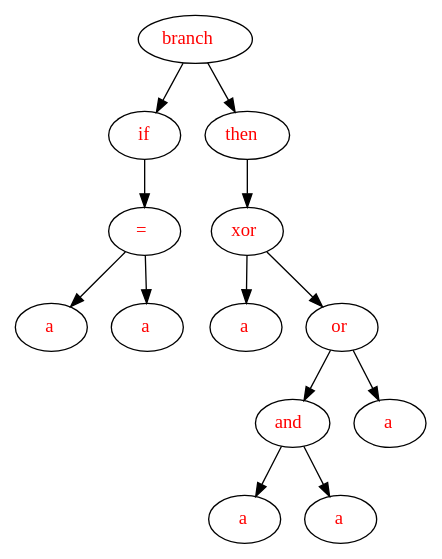
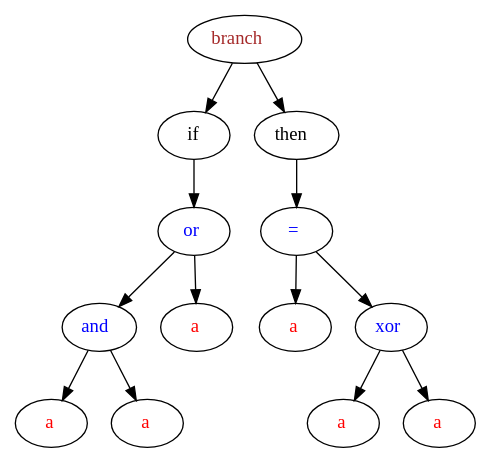
Before and after one commit to SmartPhoneJava/compiler-design: the diagram in 2/assets/Test_Opa1.dot, drawn with Graphviz. The commit also changed 11 other files, not shown here.

```diff
--- a/2/assets/Test_Opa1.dot
+++ b/2/assets/Test_Opa1.dot
@@ -1,28 +1,28 @@
 digraph G {
 	"1."->"2.";
 	"1."->"3.";
-	"4."->"6.";
+	"3."->"5.";
+	"5."->"7.";
+	"5."->"6.";
+	"6."->"9.";
+	"6."->"8.";
 	"2."->"4.";
-	"3."->"5.";
-	"4."->"7.";
-	"5."->"8.";
-	"5."->"9.";
-	"9."->"10.";
-	"9."->"11.";
-	"10."->"12.";
-	"10."->"13.";
-	"1." [ label=<<font color="red">branch</font>> ];
-	"10." [ label=<<font color="red">and</font>> ];
-	"11." [ label=<<font color="red">a</font>> ];
+	"4."->"11.";
+	"11."->"13.";
+	"11."->"12.";
+	"4."->"10.";
+	"1." [ label=<<font color="brown">branch</font>> ];
+	"10." [ label=<<font color="red">a</font>> ];
+	"11." [ label=<<font color="blue">and</font>> ];
 	"12." [ label=<<font color="red">a</font>> ];
 	"13." [ label=<<font color="red">a</font>> ];
-	"2." [ label=<<font color="red">if</font>> ];
-	"3." [ label=<<font color="red">then</font>> ];
-	"4." [ label=<<font color="red">=</font>> ];
-	"5." [ label=<<font color="red">xor</font>> ];
-	"6." [ label=<<font color="red">a</font>> ];
+	"2." [ label=<<font color="black">if</font>> ];
+	"3." [ label=<<font color="black">then</font>> ];
+	"4." [ label=<<font color="blue">or</font>> ];
+	"5." [ label=<<font color="blue">=</font>> ];
+	"6." [ label=<<font color="blue">xor</font>> ];
 	"7." [ label=<<font color="red">a</font>> ];
 	"8." [ label=<<font color="red">a</font>> ];
-	"9." [ label=<<font color="red">or</font>> ];
+	"9." [ label=<<font color="red">a</font>> ];
 
 }
```
